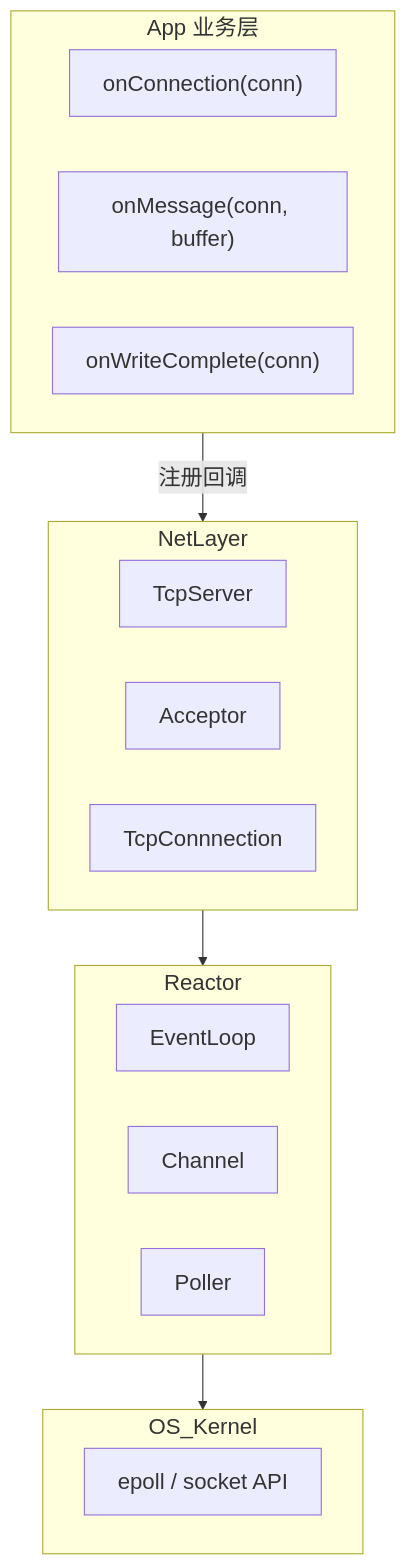
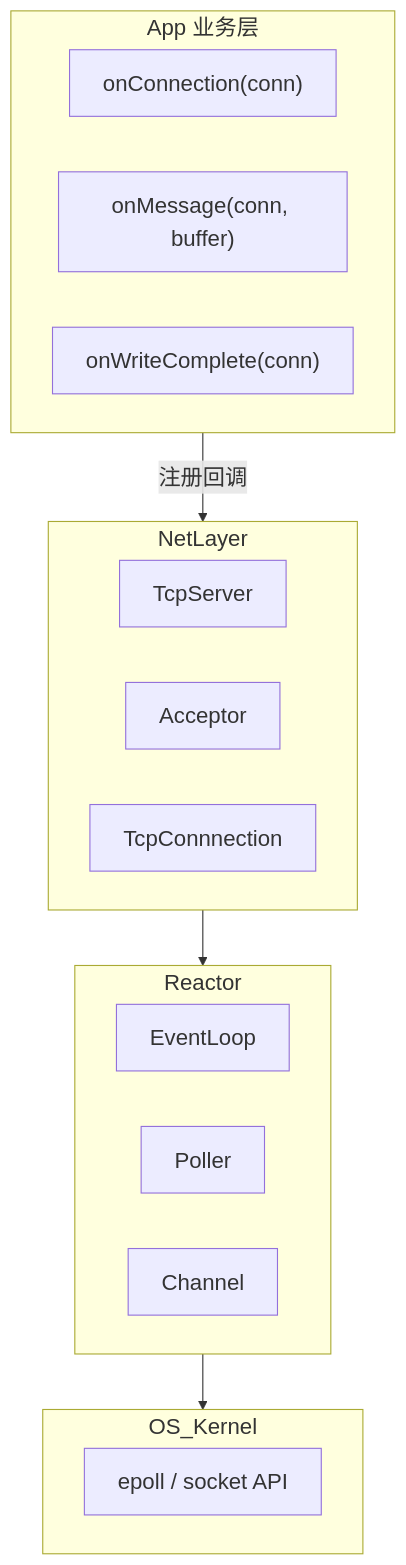
Before and after one commit to WenXingming/tudou: the first of 4 diagrams in README.md, drawn with Mermaid.

````diff
--- a/README.md
+++ b/README.md
@@ -9,46 +9,47 @@
 ```mermaid
 
 %%{init: {
     "theme": "default",
     "themeVariables": {
         "fontFamily": "Times New Roman",
         "fontSize": "20px"
     }
 }}%%
 
 flowchart TD
     subgraph AppBusiness[App 业务层]
         onConn["onConnection(conn)"]
         onMsg["onMessage(conn, buffer)"]
         onWrite["onWriteComplete(conn)"]
     end
 
     subgraph NetLayer
         TcpServer
         Acceptor
         TcpConnnection
+
         %% Buffer
         %% TcpServer --> Acceptor 
         %% TcpServer --> TcpConnnection
         %% TcpConnnection -.-> Buffer
     end
 
     subgraph Reactor
         EventLoop
+        Poller
         Channel
-        Poller
     end
 
     subgraph OS_Kernel
         epoll["epoll / socket API"]
     end
 
     %% 应用层注册回调
     %% AppBusiness -->|注册回调| TcpServer
     AppBusiness -->|注册回调| NetLayer
     NetLayer --> Reactor
     Reactor --> OS_Kernel
     %% TcpConnnection --> Channel --> EventLoop --> Poller --> epoll
     %% AppBusiness --> NetLayer --> Reactor --> OS_Kernel
 
 ```
````
